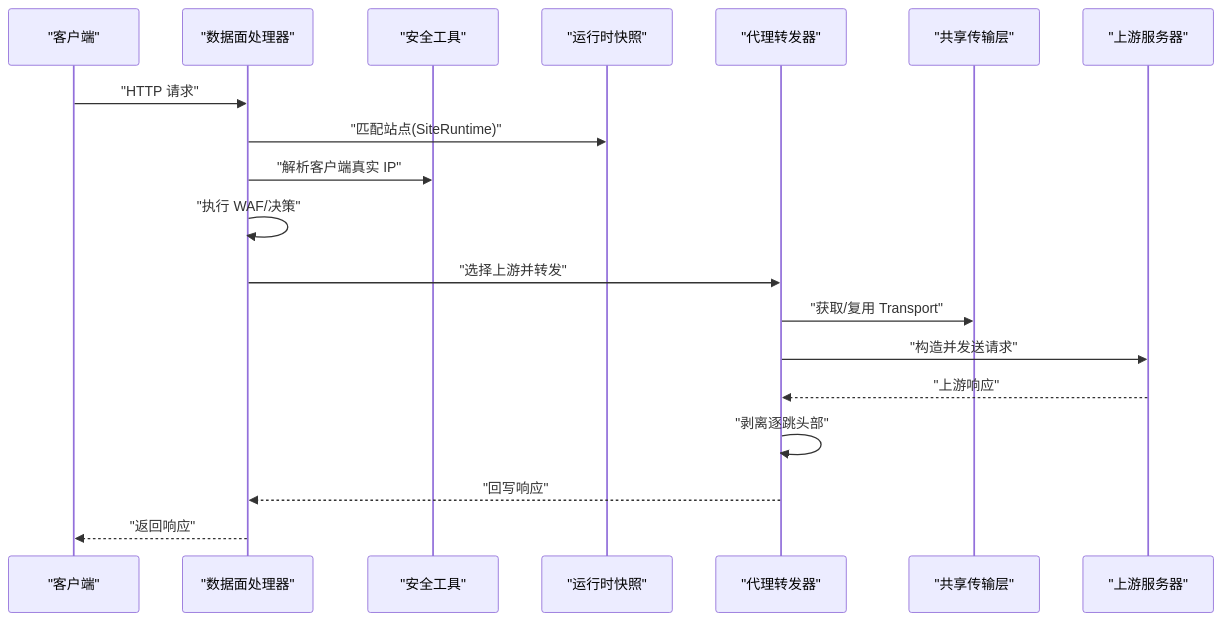
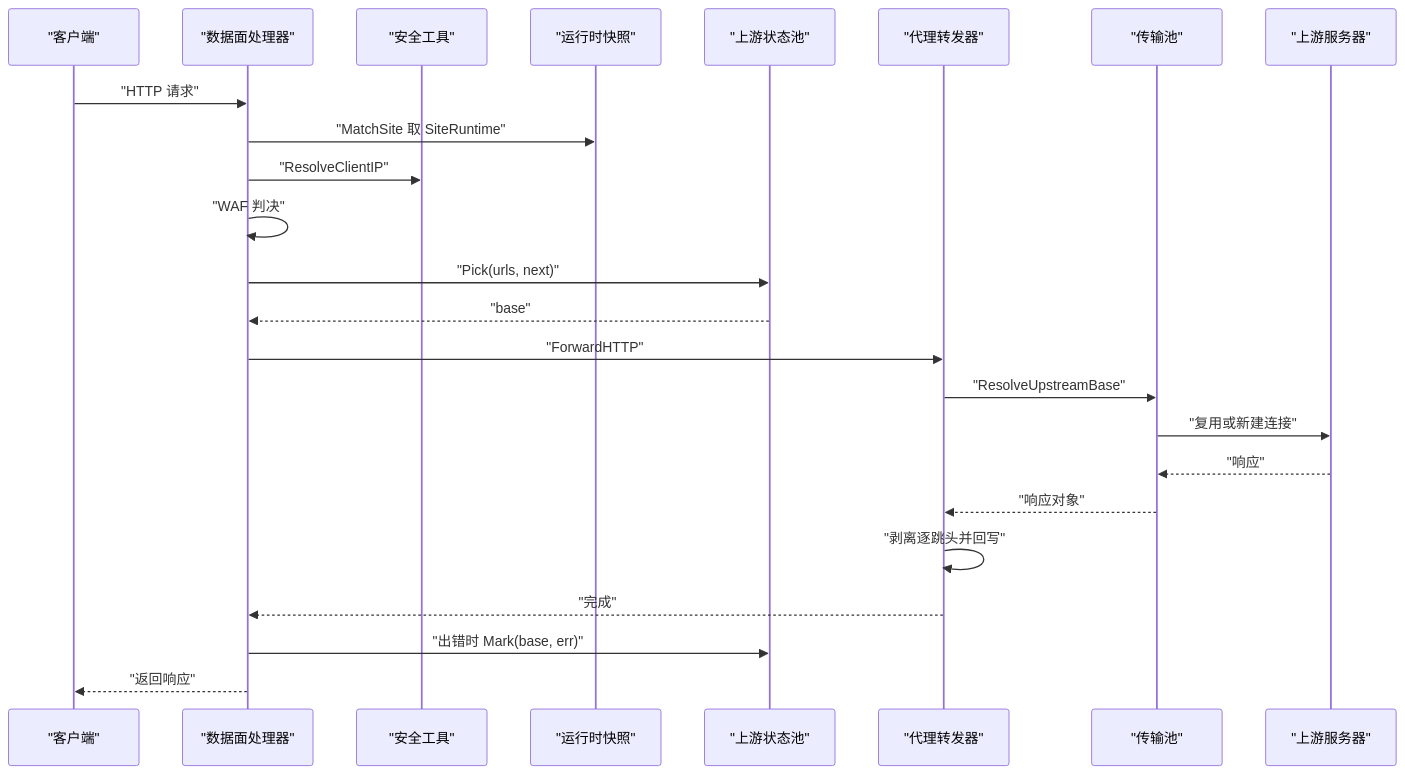
Before and after one commit to x01n/My-OpenWaf: the second of 8 diagrams in docs/数据平面处理/上游代理配置.md, drawn with Mermaid. The commit also changed other lines of this file and 622 other files, not shown here.

````diff
--- a/docs/数据平面处理/上游代理配置.md
+++ b/docs/数据平面处理/上游代理配置.md
@@ -114,21 +146,26 @@
 ```mermaid
 sequenceDiagram
 participant C as "客户端"
 participant DP as "数据面处理器"
 participant SEC as "安全工具"
 participant RT as "运行时快照"
+participant Pool as "上游状态池"
 participant PR as "代理转发器"
-participant TR as "共享传输层"
+participant TR as "传输池"
 participant UP as "上游服务器"
 C->>DP : "HTTP 请求"
-DP->>RT : "匹配站点(SiteRuntime)"
-DP->>SEC : "解析客户端真实 IP"
-DP->>DP : "执行 WAF/决策"
-DP->>PR : "选择上游并转发"
-PR->>TR : "获取/复用 Transport"
-PR->>UP : "构造并发送请求"
-UP-->>PR : "上游响应"
-PR->>PR : "剥离逐跳头部"
-PR-->>DP : "回写响应"
+DP->>RT : "MatchSite 取 SiteRuntime"
+DP->>SEC : "ResolveClientIP"
+DP->>DP : "WAF 判决"
+DP->>Pool : "Pick(urls, next)"
+Pool-->>DP : "base"
+DP->>PR : "ForwardHTTP"
+PR->>TR : "ResolveUpstreamBase"
+TR->>UP : "复用或新建连接"
+UP-->>TR : "响应"
+TR-->>PR : "响应对象"
+PR->>PR : "剥离逐跳头并回写"
+PR-->>DP : "完成"
+DP->>Pool : "出错时 Mark(base, err)"
 DP-->>C : "返回响应"
 ```
````
